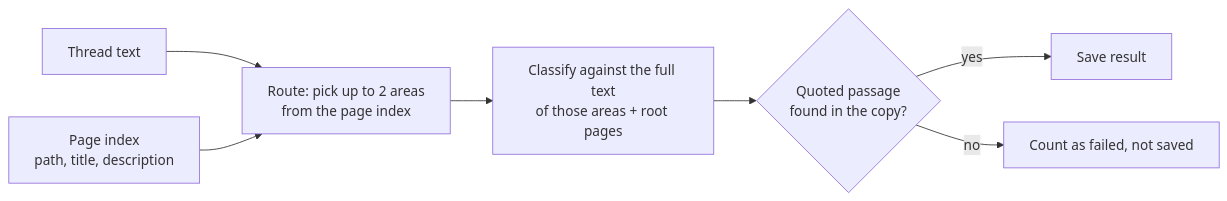
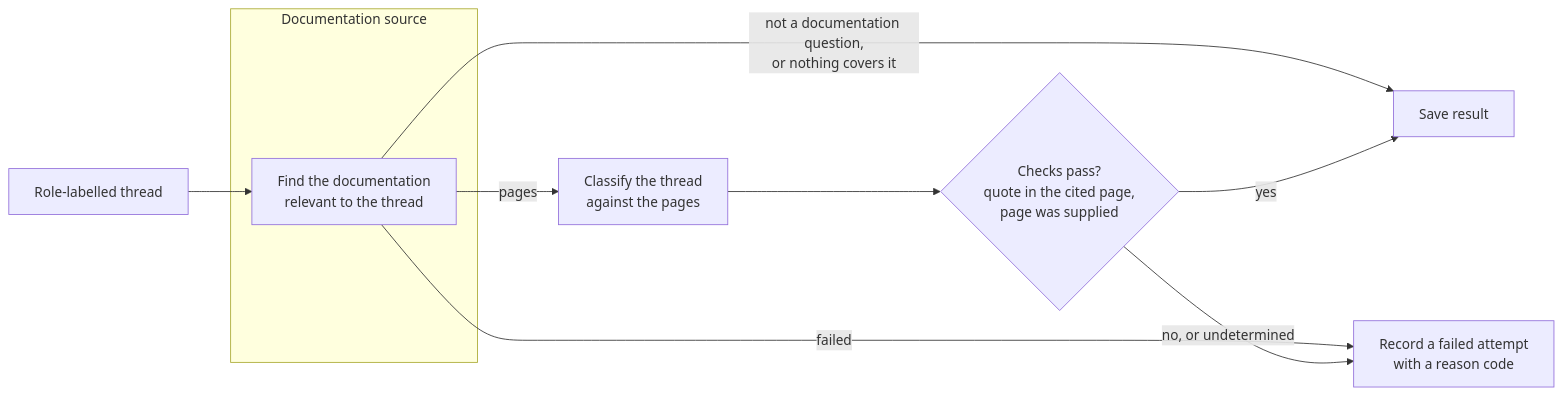
One commit to coreeng/support-bot changed the diagram in openspec/changes/add-documentation-gap-analysis/design.md. Above: the diagram before and after it, drawn with Mermaid. The commit also changed other lines of this file and 8 other files, not shown here.

````diff
--- a/openspec/changes/add-documentation-gap-analysis/design.md
+++ b/openspec/changes/add-documentation-gap-analysis/design.md
@@ -64,9 +85,13 @@
 ```mermaid
 flowchart LR
-    T[Thread text] --> R[Route: pick up to 2 areas<br/>from the page index]
-    I[Page index<br/>path, title, description] --> R
-    R --> C[Classify against the full text<br/>of those areas + root pages]
-    C --> V{Quoted passage<br/>found in the copy?}
+    T[Role-labelled thread] --> X
+    subgraph SRC[Documentation source]
+        X[Find the documentation<br/>relevant to the thread]
+    end
+    X -- pages --> C[Classify the thread<br/>against the pages]
+    X -- not a documentation question,<br/>or nothing covers it --> S
+    X -- failed --> F
+    C --> V{Checks pass?<br/>quote in the cited page,<br/>page was supplied}
     V -- yes --> S[Save result]
-    V -- no --> F[Count as failed, not saved]
+    V -- no, or undetermined --> F[Record a failed attempt<br/>with a reason code]
 ```
````
